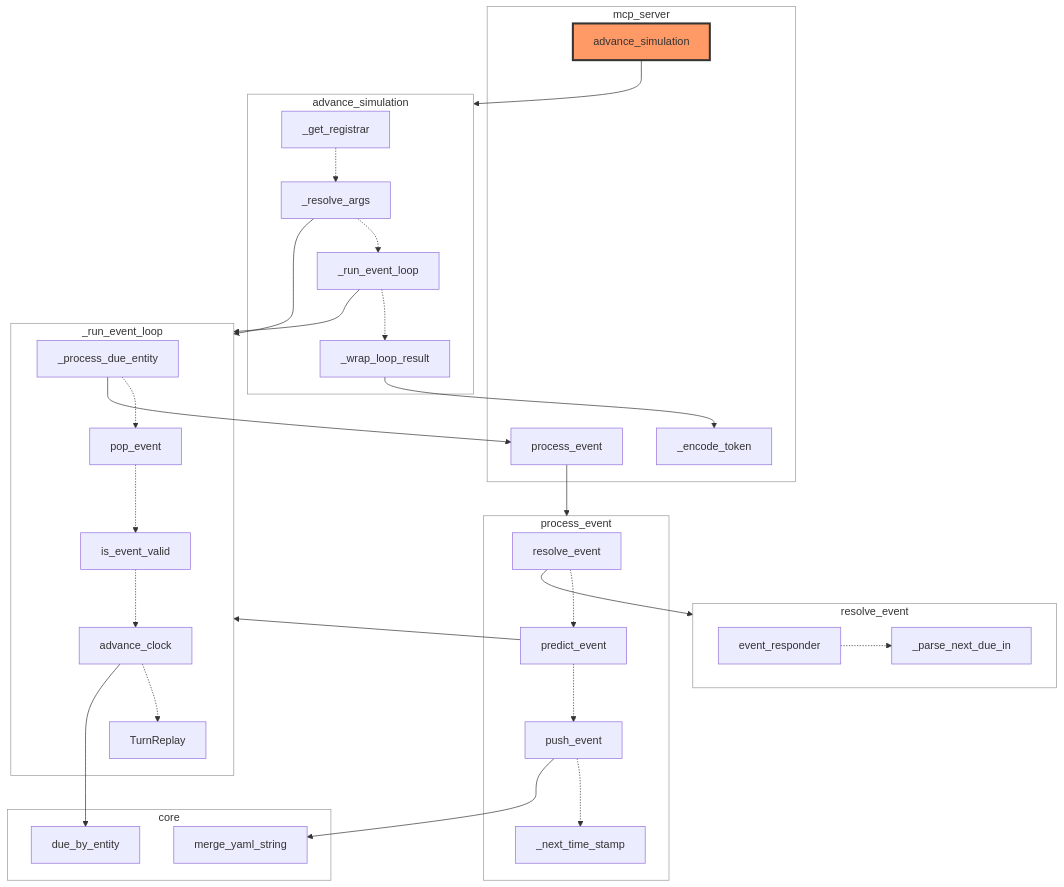
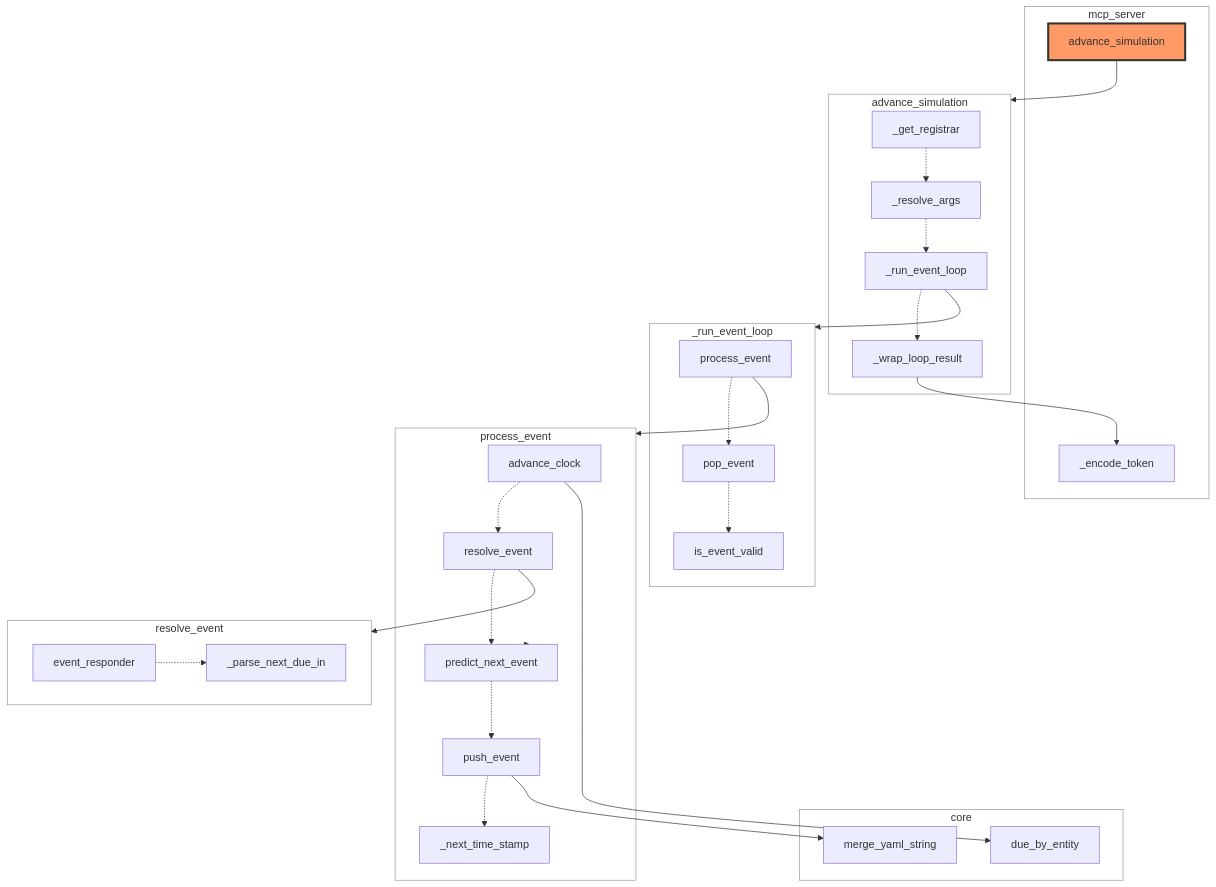
One commit to zhafen/story-simulator changed the first of 2 diagrams in docs/architecture/advance_simulation.md. Above: the diagram before and after it, drawn with Mermaid. The commit also changed other lines of this file and 3 other files, not shown here.

First line of the commit message:
Remove the _process_due_entity dispatch seam and tighten the event-loop steps

````diff
--- a/docs/architecture/advance_simulation.md
+++ b/docs/architecture/advance_simulation.md
@@ -46,59 +46,54 @@
 ```mermaid
 %%{init: {'themeVariables': {'clusterBkg': 'transparent', 'clusterBorder': '#999999'}}}%%
 flowchart TB
     subgraph sg0["core"]
-        n12["due_by_entity"]
-        n17["merge_yaml_string"]
+        n14["merge_yaml_string"]
+        n17["due_by_entity"]
     end
     subgraph sg1["mcp_server"]
         n0["advance_simulation"]
-        n6["_encode_token"]
-        n11["process_event"]
+        n5["_encode_token"]
     end
     subgraph seq0["advance_simulation"]
         n2["_get_registrar"]
         n1["_resolve_args"]
         n4["_run_event_loop"]
         n3["_wrap_loop_result"]
         n2 -.-> n1
         n1 -.-> n4
         n4 -.-> n3
     end
-    subgraph seq3["_run_event_loop"]
-        n7["_process_due_entity"]
-        n10["pop_event"]
-        n8["is_event_valid"]
-        n9["advance_clock"]
-        n5["TurnReplay"]
-        n7 -.-> n10
-        n10 -.-> n8
-        n8 -.-> n9
-        n9 -.-> n5
+    subgraph seq2["_run_event_loop"]
+        n6["process_event"]
+        n8["pop_event"]
+        n7["is_event_valid"]
+        n6 -.-> n8
+        n8 -.-> n7
     end
-    subgraph seq6["process_event"]
-        n15["resolve_event"]
-        n13["predict_event"]
-        n14["push_event"]
-        n16["_next_time_stamp"]
-        n15 -.-> n13
-        n13 -.-> n14
-        n14 -.-> n16
+    subgraph seq3["process_event"]
+        n12["advance_clock"]
+        n11["resolve_event"]
+        n9["predict_next_event"]
+        n10["push_event"]
+        n13["_next_time_stamp"]
+        n12 -.-> n11
+        n11 -.-> n9
+        n9 -.-> n10
+        n10 -.-> n13
     end
-    subgraph seq9["resolve_event"]
-        n19["event_responder"]
-        n18["_parse_next_due_in"]
-        n19 -.-> n18
+    subgraph seq6["resolve_event"]
+        n16["event_responder"]
+        n15["_parse_next_due_in"]
+        n16 -.-> n15
     end
     n0 --> seq0
-    n1 --> seq3
-    n3 --> n6
-    n4 --> seq3
-    n7 --> n11
-    n9 --> n12
+    n3 --> n5
+    n4 --> seq2
+    n6 --> seq3
+    n9 --> seq3
+    n10 --> n14
     n11 --> seq6
-    n13 --> seq3
-    n14 --> n17
-    n15 --> seq9
+    n12 --> n17
     class n0 rootNode
     classDef rootNode fill:#f96,stroke:#333,stroke-width:3px
 ```
````
